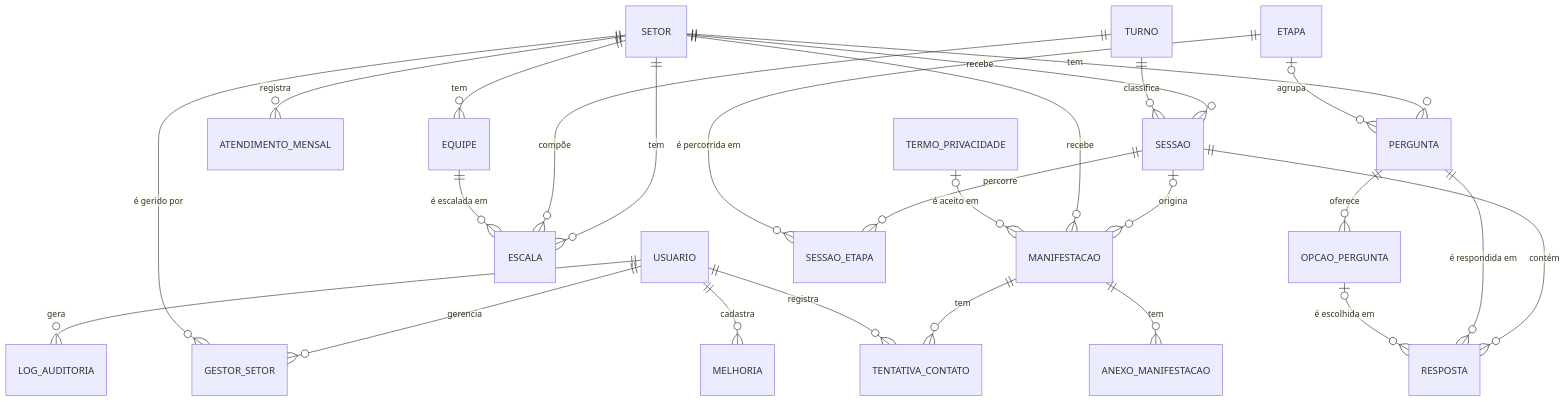
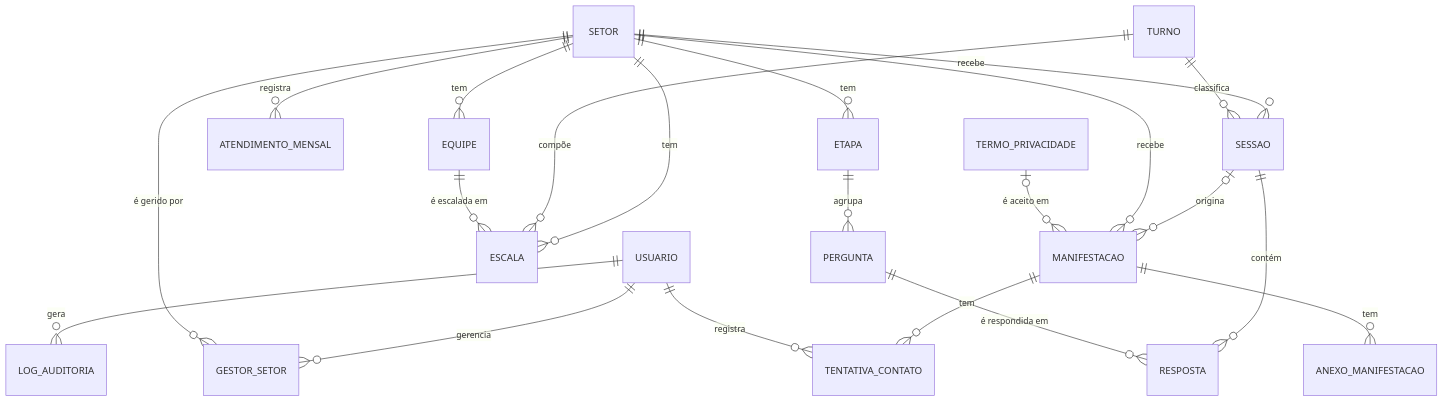
The diagram in docs/modelo-de-dados-e-requisitos.md (SaraCastilhos/Sistema-de-Pesquisa-de-Satisfacao), drawn with Mermaid before and after one commit. The commit also changed other lines of this file and 7 other files, not shown here.

````diff
--- a/docs/modelo-de-dados-e-requisitos.md
+++ b/docs/modelo-de-dados-e-requisitos.md
@@ -64,32 +66,27 @@
 ```mermaid
 erDiagram
     USUARIO ||--o{ GESTOR_SETOR : "gerencia"
     SETOR ||--o{ GESTOR_SETOR : "é gerido por"
     USUARIO ||--o{ LOG_AUDITORIA : "gera"
 
     SETOR ||--o{ EQUIPE : "tem"
     SETOR ||--o{ ESCALA : "tem"
     TURNO ||--o{ ESCALA : "compõe"
     EQUIPE ||--o{ ESCALA : "é escalada em"
     SETOR ||--o{ ATENDIMENTO_MENSAL : "registra"
 
-    SETOR ||--o{ PERGUNTA : "tem"
-    ETAPA |o--o{ PERGUNTA : "agrupa"
-    PERGUNTA ||--o{ OPCAO_PERGUNTA : "oferece"
+    SETOR ||--o{ ETAPA : "tem"
+    ETAPA ||--o{ PERGUNTA : "agrupa"
 
     SETOR ||--o{ SESSAO : "recebe"
     TURNO ||--o{ SESSAO : "classifica"
-    SESSAO ||--o{ SESSAO_ETAPA : "percorre"
-    ETAPA ||--o{ SESSAO_ETAPA : "é percorrida em"
     SESSAO ||--o{ RESPOSTA : "contém"
     PERGUNTA ||--o{ RESPOSTA : "é respondida em"
-    OPCAO_PERGUNTA |o--o{ RESPOSTA : "é escolhida em"
 
     SESSAO |o--o{ MANIFESTACAO : "origina"
     SETOR ||--o{ MANIFESTACAO : "recebe"
     TERMO_PRIVACIDADE |o--o{ MANIFESTACAO : "é aceito em"
     MANIFESTACAO ||--o{ TENTATIVA_CONTATO : "tem"
     MANIFESTACAO ||--o{ ANEXO_MANIFESTACAO : "tem"
     USUARIO ||--o{ TENTATIVA_CONTATO : "registra"
-    USUARIO ||--o{ MELHORIA : "cadastra"
 ```
````
